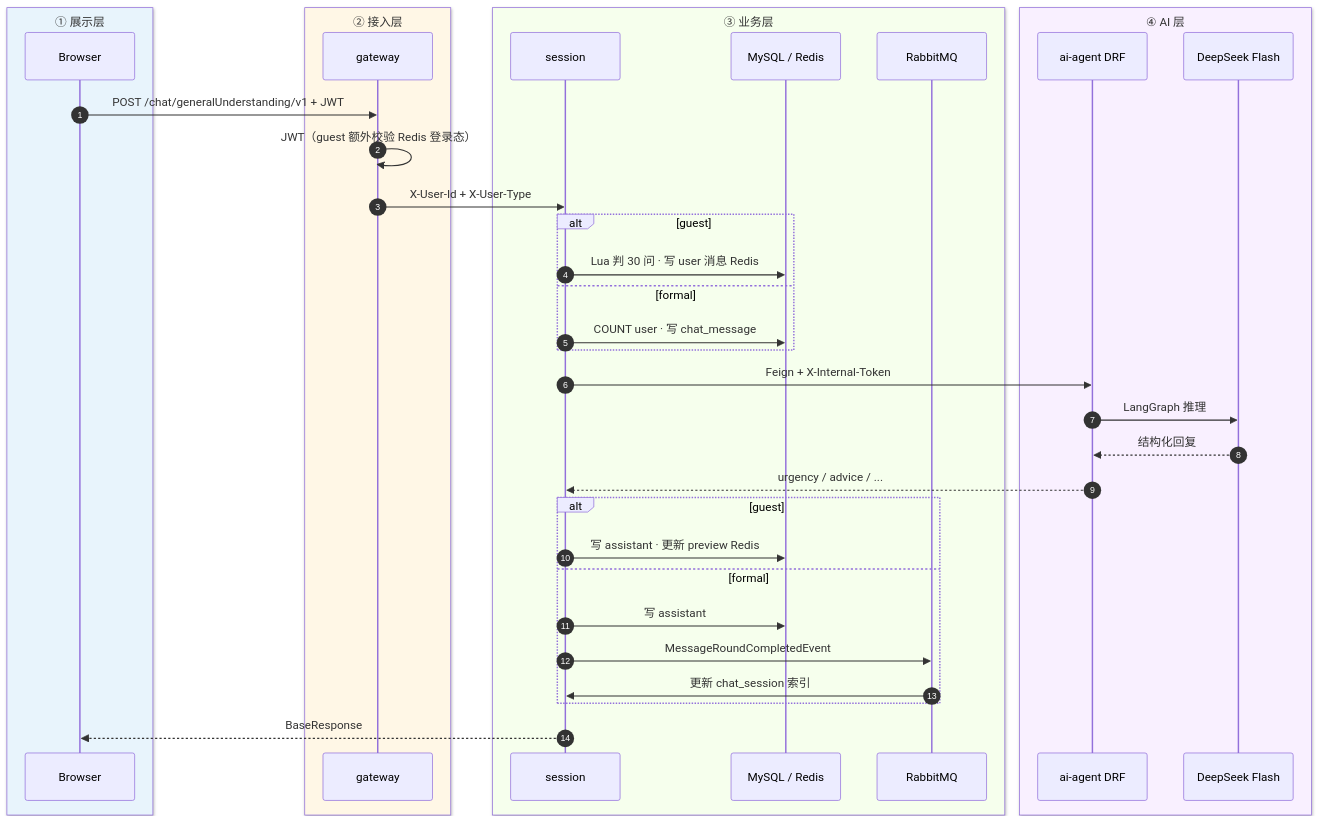
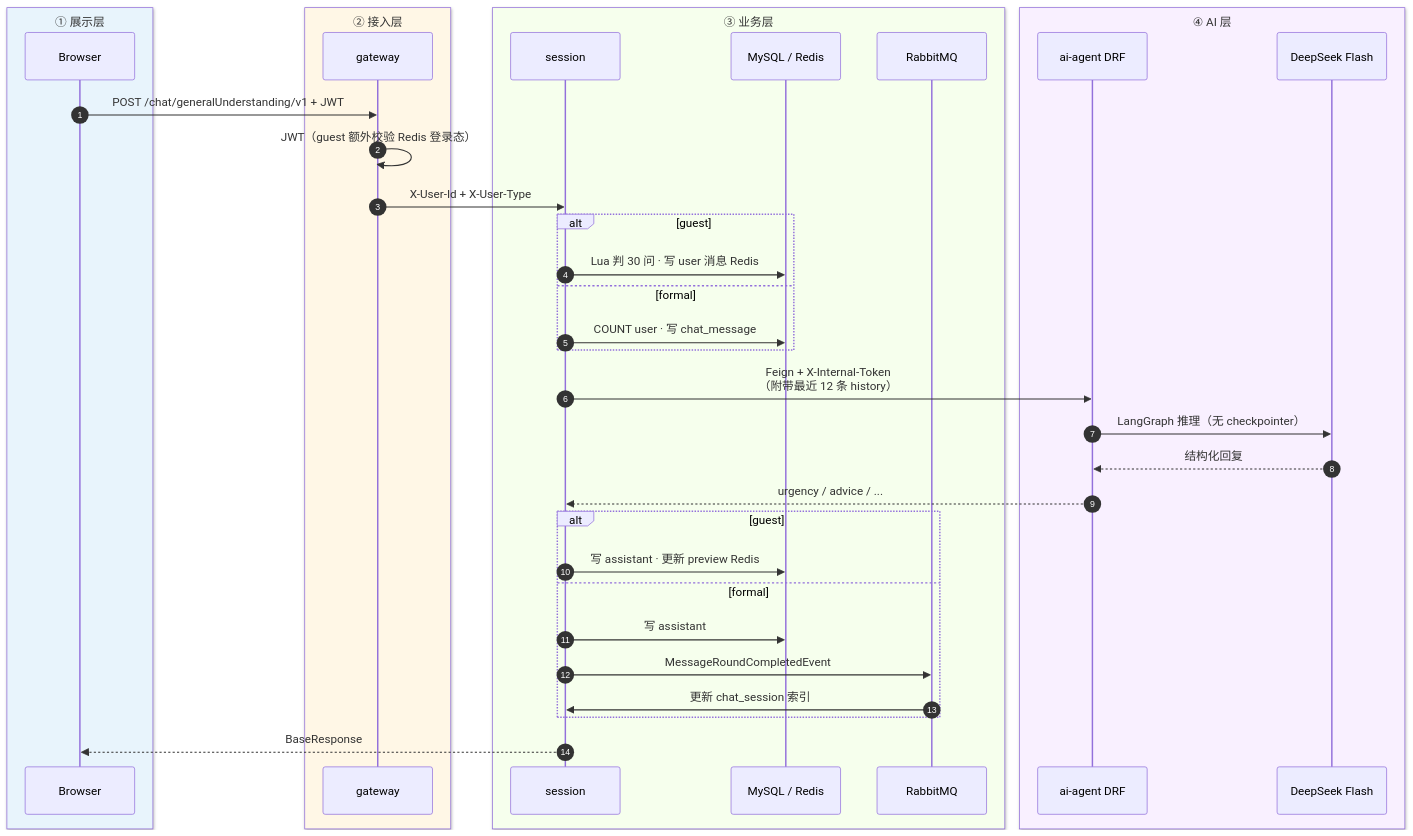
Before and after one commit to SherwinZeng/cardiologyintelligentagent: the second of 2 diagrams in services/cardiology-cloud/README.md, drawn with Mermaid. The commit also changed other lines of this file and 4 other files, not shown here.

Commit message:
docs: document graph history and deployment flow

````diff
--- a/services/cardiology-cloud/README.md
+++ b/services/cardiology-cloud/README.md
@@ -158,44 +158,44 @@
 ```mermaid
 sequenceDiagram
     autonumber
     box rgba(232,244,252,1) ① 展示层
         participant C as Browser
     end
     box rgba(255,247,230,1) ② 接入层
         participant G as gateway
     end
     box rgba(246,255,237,1) ③ 业务层
         participant S as session
         participant DB as MySQL / Redis
         participant Q as RabbitMQ
     end
     box rgba(249,240,255,1) ④ AI 层
         participant A as ai-agent DRF
         participant L as DeepSeek Flash
     end
 
     C->>G: POST /chat/generalUnderstanding/v1 + JWT
     G->>G: JWT（guest 额外校验 Redis 登录态）
     G->>S: X-User-Id + X-User-Type
 
     alt guest
         S->>DB: Lua 判 30 问 · 写 user 消息 Redis
     else formal
         S->>DB: COUNT user · 写 chat_message
     end
 
-    S->>A: Feign + X-Internal-Token
-    A->>L: LangGraph 推理
+    S->>A: Feign + X-Internal-Token<br/>（附带最近 12 条 history）
+    A->>L: LangGraph 推理（无 checkpointer）
     L-->>A: 结构化回复
     A-->>S: urgency / advice / ...
 
     alt guest
         S->>DB: 写 assistant · 更新 preview Redis
     else formal
         S->>DB: 写 assistant
         S->>Q: MessageRoundCompletedEvent
         Q->>S: 更新 chat_session 索引
     end
 
     S-->>C: BaseResponse
 ```
````
